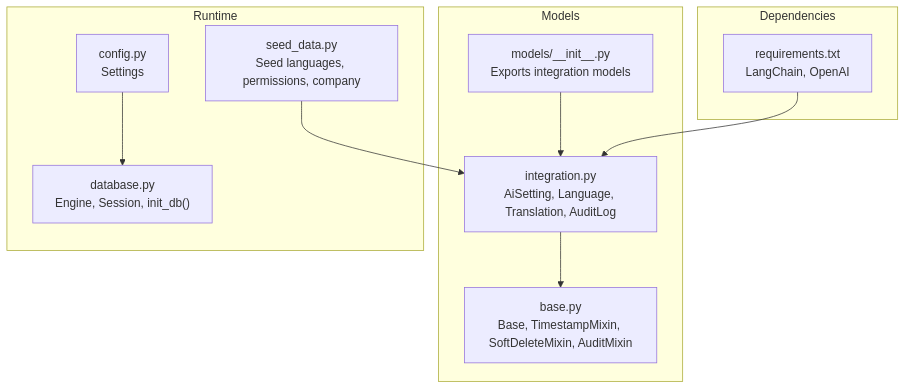
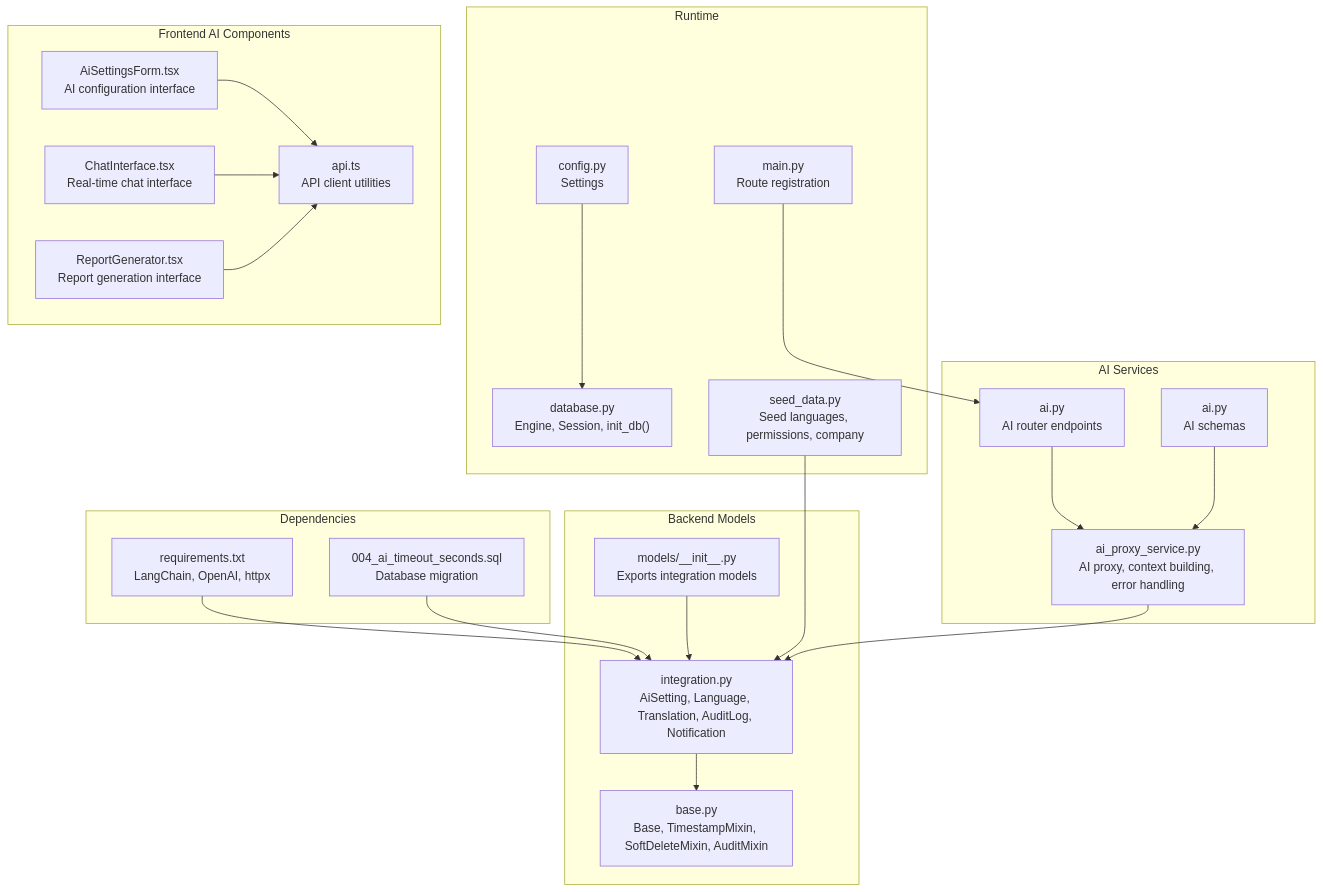
Before and after one commit to bikinaplikasipakeqoder-dot/payroll-hris: the first of 6 diagrams in .qoder/repowiki/en/content/Integration & Localization.md, drawn with Mermaid. The commit also changed other lines of this file and 22 other files, not shown here.

````diff
--- a/.qoder/repowiki/en/content/Integration & Localization.md
+++ b/.qoder/repowiki/en/content/Integration & Localization.md
@@ -44,21 +62,42 @@
 ```mermaid
 graph TB
-subgraph "Models"
-A["integration.py<br/>AiSetting, Language, Translation, AuditLog"]
+subgraph "Backend Models"
+A["integration.py<br/>AiSetting, Language, Translation, AuditLog, Notification"]
 B["base.py<br/>Base, TimestampMixin, SoftDeleteMixin, AuditMixin"]
 C["models/__init__.py<br/>Exports integration models"]
 end
+subgraph "AI Services"
+D["ai_proxy_service.py<br/>AI proxy, context building, error handling"]
+E["ai.py<br/>AI router endpoints"]
+F["ai.py<br/>AI schemas"]
+end
 subgraph "Runtime"
-D["config.py<br/>Settings"]
-E["database.py<br/>Engine, Session, init_db()"]
-F["seed_data.py<br/>Seed languages, permissions, company"]
+G["config.py<br/>Settings"]
+H["database.py<br/>Engine, Session, init_db()"]
+I["seed_data.py<br/>Seed languages, permissions, company"]
+J["main.py<br/>Route registration"]
+end
+subgraph "Frontend AI Components"
+K["AiSettingsForm.tsx<br/>AI configuration interface"]
+L["ChatInterface.tsx<br/>Real-time chat interface"]
+M["ReportGenerator.tsx<br/>Report generation interface"]
+N["api.ts<br/>API client utilities"]
 end
 subgraph "Dependencies"
-G["requirements.txt<br/>LangChain, OpenAI"]
+O["requirements.txt<br/>LangChain, OpenAI, httpx"]
+P["004_ai_timeout_seconds.sql<br/>Database migration"]
 end
 A --> B
 C --> A
-D --> E
-F --> A
-G --> A
+D --> A
+E --> D
+F --> D
+G --> H
+I --> A
+J --> E
+K --> N
+L --> N
+M --> N
+O --> A
+P --> A
 ```
````
